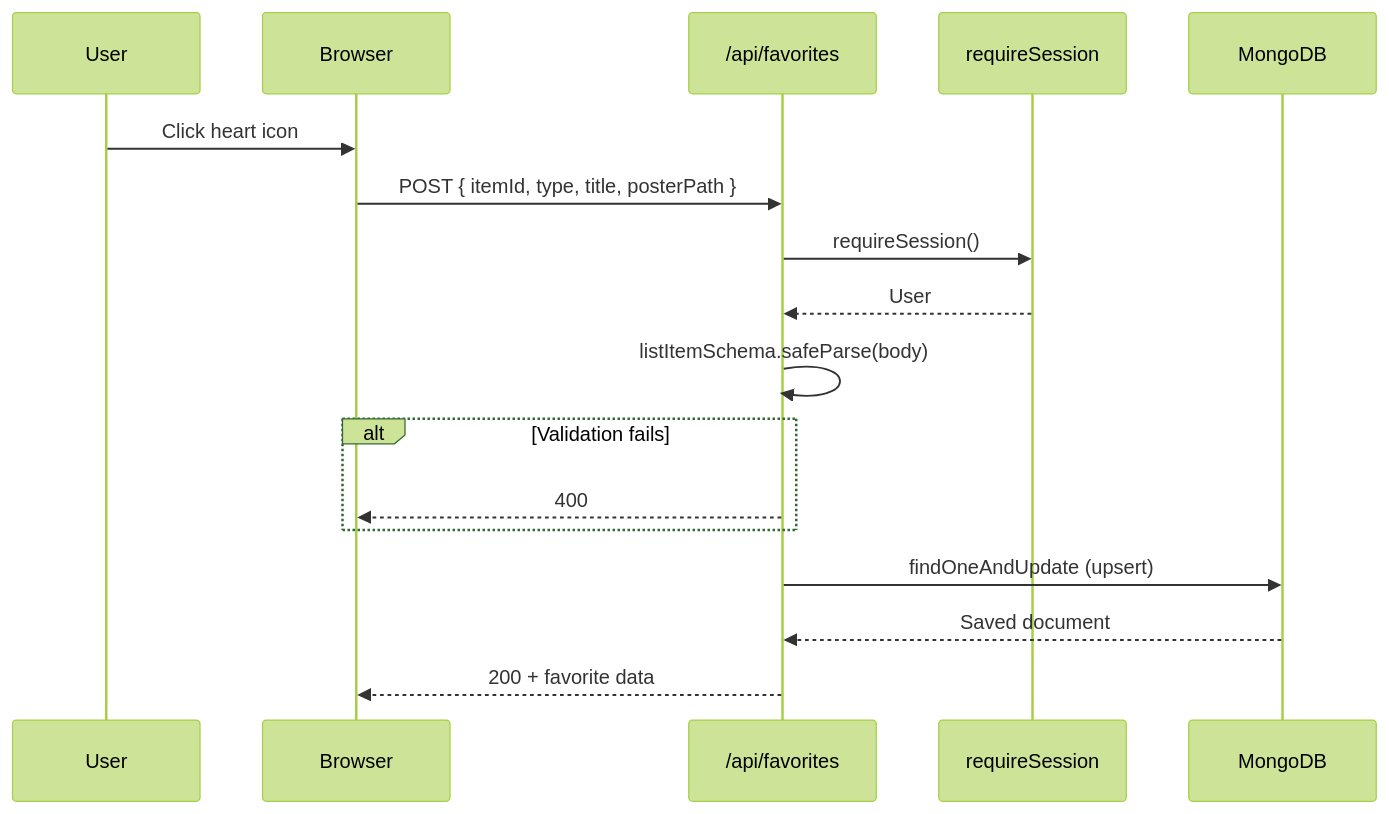
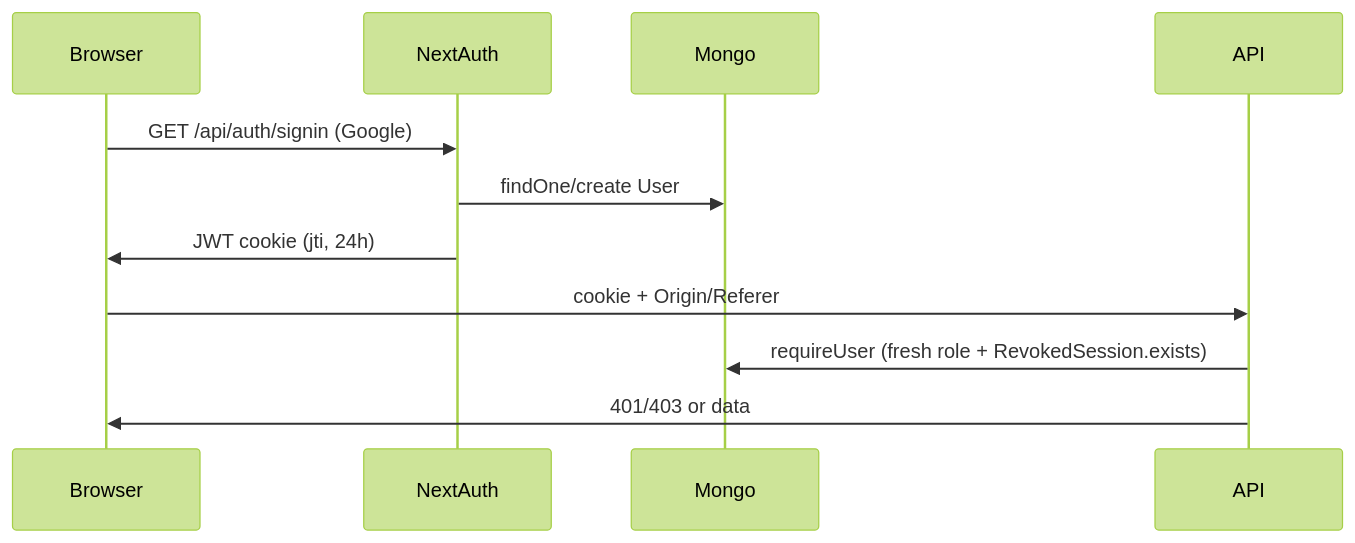
The fifth of 5 diagrams in docs/PROJECT_BLUEPRINT.md (amrhanyy/movie-recommendation-system), drawn with Mermaid (forest theme) before and after one commit. The commit also changed other lines of this file and 6 other files, not shown here.

````diff
--- a/docs/PROJECT_BLUEPRINT.md
+++ b/docs/PROJECT_BLUEPRINT.md
@@ -697,20 +232,9 @@
 ```mermaid
 sequenceDiagram
-    participant U as User
-    participant B as Browser
-    participant API as /api/favorites
-    participant AUTH as requireSession
-    participant MG as MongoDB
-
-    U->>B: Click heart icon
-    B->>API: POST { itemId, type, title, posterPath }
-    API->>AUTH: requireSession()
-    AUTH-->>API: User
-    API->>API: listItemSchema.safeParse(body)
-    alt Validation fails
-        API-->>B: 400
-    end
-    API->>MG: findOneAndUpdate (upsert)
-    MG-->>API: Saved document
-    API-->>B: 200 + favorite data
+  Browser->>NextAuth: GET /api/auth/signin (Google)
+  NextAuth->>Mongo: findOne/create User
+  NextAuth->>Browser: JWT cookie (jti, 24h)
+  Browser->>API: cookie + Origin/Referer
+  API->>Mongo: requireUser (fresh role + RevokedSession.exists)
+  API->>Browser: 401/403 or data
 ```
````
